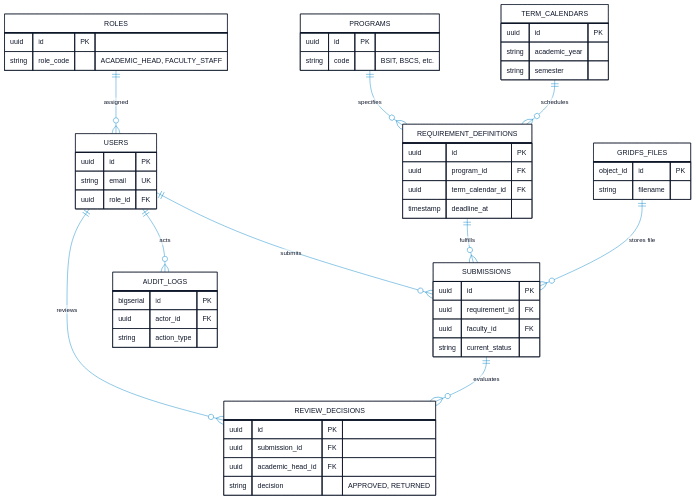
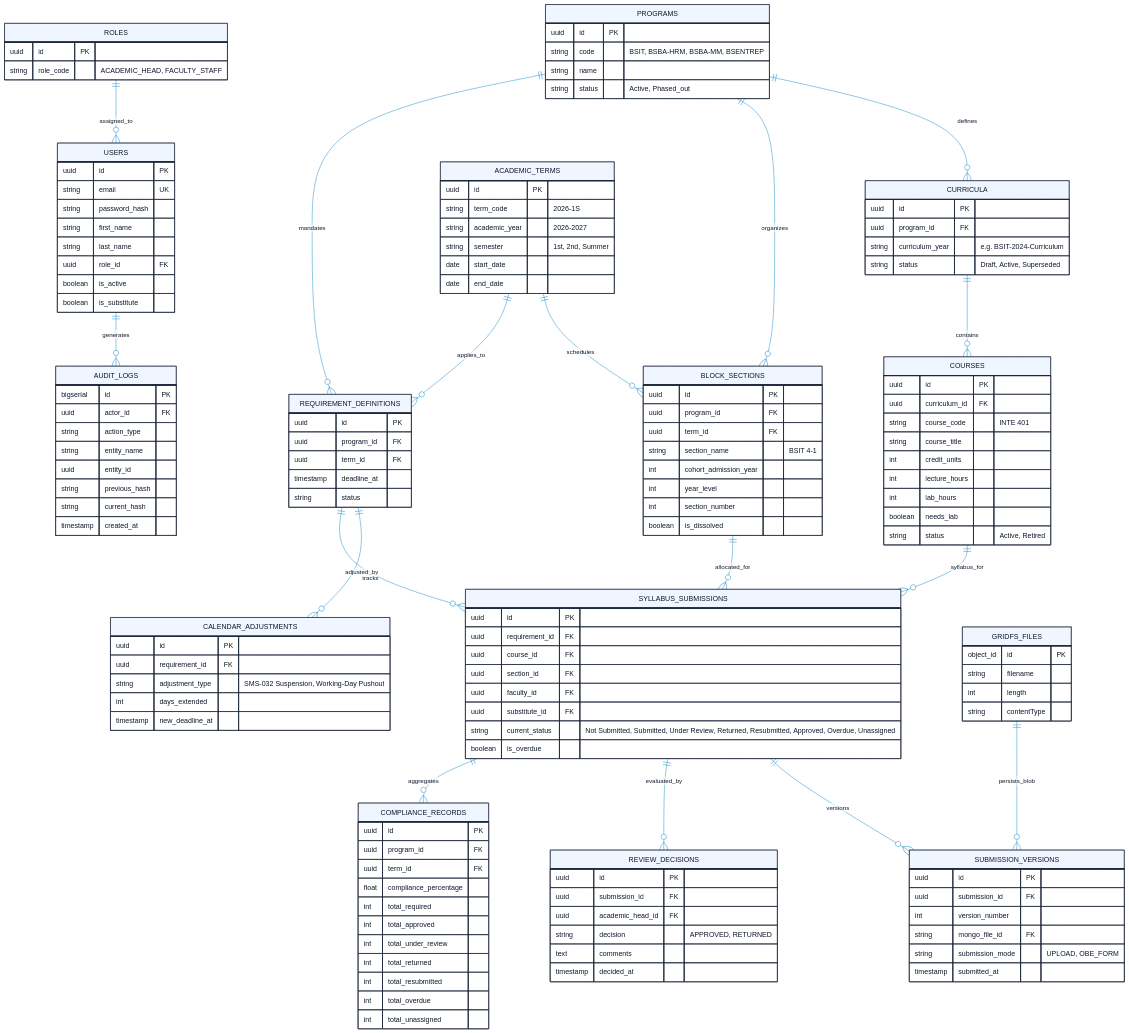
One commit to EducRodTablizo/Capstone-SCMS changed the fourth of 8 diagrams in docs/system_architecture_and_diagrams.md. Above: the diagram before and after it, drawn with Mermaid. The commit also changed other lines of this file and 33 other files, not shown here.

````diff
--- a/docs/system_architecture_and_diagrams.md
+++ b/docs/system_architecture_and_diagrams.md
@@ -321,20 +305,36 @@
 ```mermaid
-%%{init: {'theme': 'base', 'themeVariables': { 'darkMode': false, 'background': '#FFFFFF', 'primaryColor': '#FFFFFF', 'primaryTextColor': '#0F172A', 'primaryBorderColor': '#0F172A', 'lineColor': '#0284C7', 'textColor': '#0F172A' }}}%%
+%%{init: {'theme': 'base', 'themeVariables': { 'darkMode': false, 'background': '#FFFFFF', 'primaryColor': '#EFF6FF', 'primaryTextColor': '#0F172A', 'primaryBorderColor': '#1E293B', 'lineColor': '#0284C7' }}}%%
 erDiagram
-    USERS ||--o{ SUBMISSIONS : "submits"
-    USERS ||--o{ REVIEW_DECISIONS : "reviews"
-    USERS ||--o{ AUDIT_LOGS : "acts"
-    ROLES ||--o{ USERS : "assigned"
-    PROGRAMS ||--o{ REQUIREMENT_DEFINITIONS : "specifies"
-    TERM_CALENDARS ||--o{ REQUIREMENT_DEFINITIONS : "schedules"
-    REQUIREMENT_DEFINITIONS ||--o{ SUBMISSIONS : "fulfills"
-    SUBMISSIONS ||--o{ REVIEW_DECISIONS : "evaluates"
-    GRIDFS_FILES ||--o{ SUBMISSIONS : "stores file"
+    USERS ||--o{ AUDIT_LOGS : "generates"
+    ROLES ||--o{ USERS : "assigned_to"
+
+    PROGRAMS ||--o{ CURRICULA : "defines"
+    CURRICULA ||--o{ COURSES : "contains"
+    PROGRAMS ||--o{ BLOCK_SECTIONS : "organizes"
+    ACADEMIC_TERMS ||--o{ BLOCK_SECTIONS : "schedules"
+    ACADEMIC_TERMS ||--o{ REQUIREMENT_DEFINITIONS : "applies_to"
+
+    PROGRAMS ||--o{ REQUIREMENT_DEFINITIONS : "mandates"
+    REQUIREMENT_DEFINITIONS ||--o{ CALENDAR_ADJUSTMENTS : "adjusted_by"
+    REQUIREMENT_DEFINITIONS ||--o{ SYLLABUS_SUBMISSIONS : "tracks"
+
+    BLOCK_SECTIONS ||--o{ SYLLABUS_SUBMISSIONS : "allocated_for"
+    COURSES ||--o{ SYLLABUS_SUBMISSIONS : "syllabus_for"
+
+    SYLLABUS_SUBMISSIONS ||--o{ SUBMISSION_VERSIONS : "versions"
+    SYLLABUS_SUBMISSIONS ||--o{ REVIEW_DECISIONS : "evaluated_by"
+    GRIDFS_FILES ||--o{ SUBMISSION_VERSIONS : "persists_blob"
+    SYLLABUS_SUBMISSIONS ||--o{ COMPLIANCE_RECORDS : "aggregates"
 
     USERS {
         uuid id PK
         string email UK
+        string password_hash
+        string first_name
+        string last_name
         uuid role_id FK
+        boolean is_active
+        boolean is_substitute
     }
 
     ROLES {
@@ -344,27 +344,84 @@
 
     PROGRAMS {
         uuid id PK
-        string code "BSIT, BSCS, etc."
+        string code "BSIT, BSBA-HRM, BSBA-MM, BSENTREP"
+        string name
+        string status "Active, Phased_out"
     }
 
-    TERM_CALENDARS {
+    CURRICULA {
         uuid id PK
-        string academic_year
-        string semester
+        uuid program_id FK
+        string curriculum_year "e.g. BSIT-2024-Curriculum"
+        string status "Draft, Active, Superseded"
+    }
+
+    COURSES {
+        uuid id PK
+        uuid curriculum_id FK
+        string course_code "INTE 401"
+        string course_title
+        int credit_units
+        int lecture_hours
+        int lab_hours
+        boolean needs_lab
+        string status "Active, Retired"
+    }
+
+    ACADEMIC_TERMS {
+        uuid id PK
+        string term_code "2026-1S"
+        string academic_year "2026-2027"
+        string semester "1st, 2nd, Summer"
+        date start_date
+        date end_date
+    }
+
+    BLOCK_SECTIONS {
+        uuid id PK
+        uuid program_id FK
+        uuid term_id FK
+        string section_name "BSIT 4-1"
+        int cohort_admission_year
+        int year_level
+        int section_number
+        boolean is_dissolved
     }
 
     REQUIREMENT_DEFINITIONS {
         uuid id PK
         uuid program_id FK
-        uuid term_calendar_id FK
+        uuid term_id FK
         timestamp deadline_at
+        string status
     }
 
-    SUBMISSIONS {
+    CALENDAR_ADJUSTMENTS {
         uuid id PK
         uuid requirement_id FK
+        string adjustment_type "SMS-032 Suspension, Working-Day Pushout"
+        int days_extended
+        timestamp new_deadline_at
+    }
+
+    SYLLABUS_SUBMISSIONS {
+        uuid id PK
+        uuid requirement_id FK
+        uuid course_id FK
+        uuid section_id FK
         uuid faculty_id FK
-        string current_status
+        uuid substitute_id FK
+        string current_status "Not Submitted, Submitted, Under Review, Returned, Resubmitted, Approved, Overdue, Unassigned"
+        boolean is_overdue
+    }
+
+    SUBMISSION_VERSIONS {
+        uuid id PK
+        uuid submission_id FK
+        int version_number
+        string mongo_file_id FK
+        string submission_mode "UPLOAD, OBE_FORM"
+        timestamp submitted_at
     }
 
     REVIEW_DECISIONS {
@@ -372,16 +429,39 @@
         uuid submission_id FK
         uuid academic_head_id FK
         string decision "APPROVED, RETURNED"
+        text comments
+        timestamp decided_at
+    }
+
+    GRIDFS_FILES {
+        object_id id PK
+        string filename
+        int length
+        string contentType
+    }
+
+    COMPLIANCE_RECORDS {
+        uuid id PK
+        uuid program_id FK
+        uuid term_id FK
+        float compliance_percentage
+        int total_required
+        int total_approved
+        int total_under_review
+        int total_returned
+        int total_resubmitted
+        int total_overdue
+        int total_unassigned
     }
 
     AUDIT_LOGS {
         bigserial id PK
         uuid actor_id FK
         string action_type
-    }
-
-    GRIDFS_FILES {
-        object_id id PK
-        string filename
+        string entity_name
+        uuid entity_id
+        string previous_hash
+        string current_hash
+        timestamp created_at
     }
 ```
````
